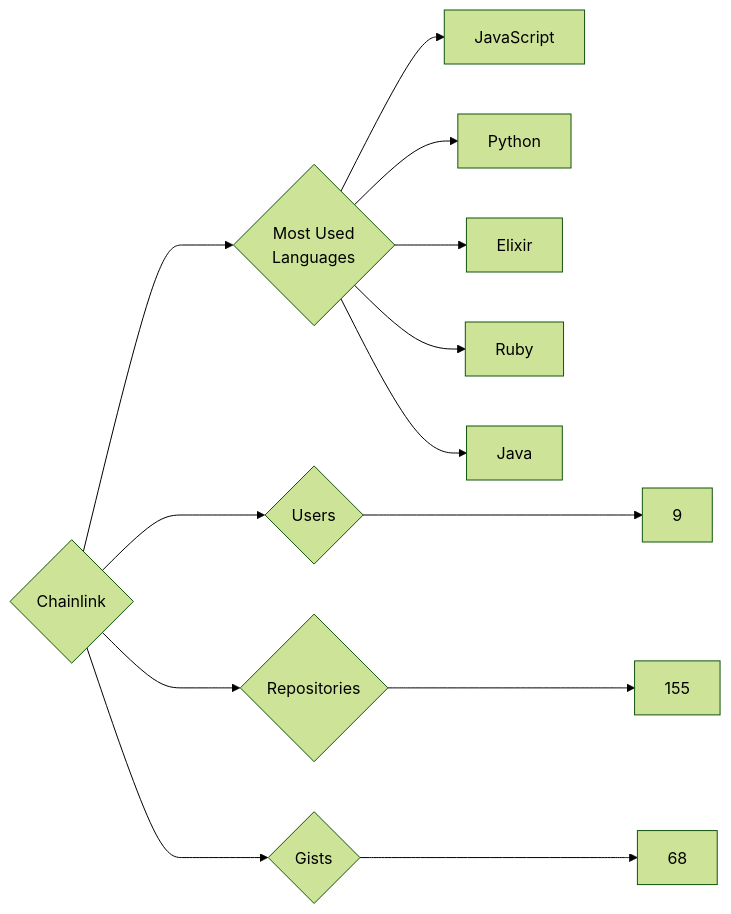
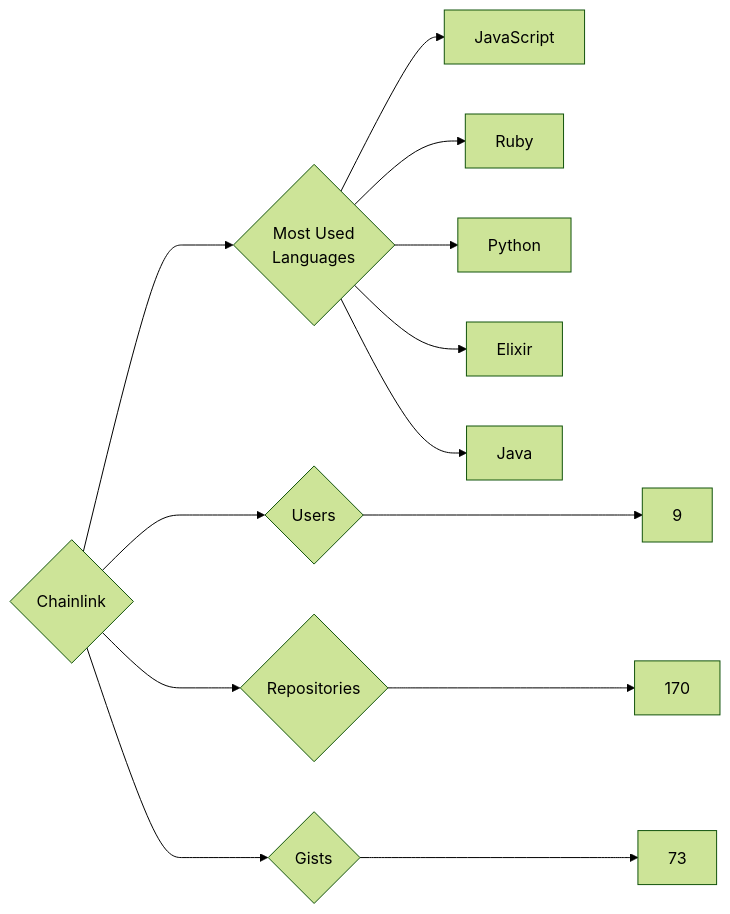
The diagram in targets/Chainlink/README.md (trickest/insiders), drawn with Mermaid (forest theme) before and after one commit. The commit also changed 1170 other files, not shown here.

````diff
--- a/targets/Chainlink/README.md
+++ b/targets/Chainlink/README.md
@@ -3,13 +3,13 @@
 ```mermaid
 graph LR
 COMPANY_NAME{Chainlink}
 COMPANY_NAME ---> U{Users} ---> UN[9]
-COMPANY_NAME ---> R{Repositories} ---> RN[155]
-COMPANY_NAME ---> G{Gists} ---> GN[68]
+COMPANY_NAME ---> R{Repositories} ---> RN[170]
+COMPANY_NAME ---> G{Gists} ---> GN[73]
 COMPANY_NAME ---> ML{Most Used<br>Languages}
 ML --> JavaScript[JavaScript]
+ML --> Ruby[Ruby]
 ML --> Python[Python]
 ML --> Elixir[Elixir]
-ML --> Ruby[Ruby]
 ML --> Java[Java]
 ```
````
